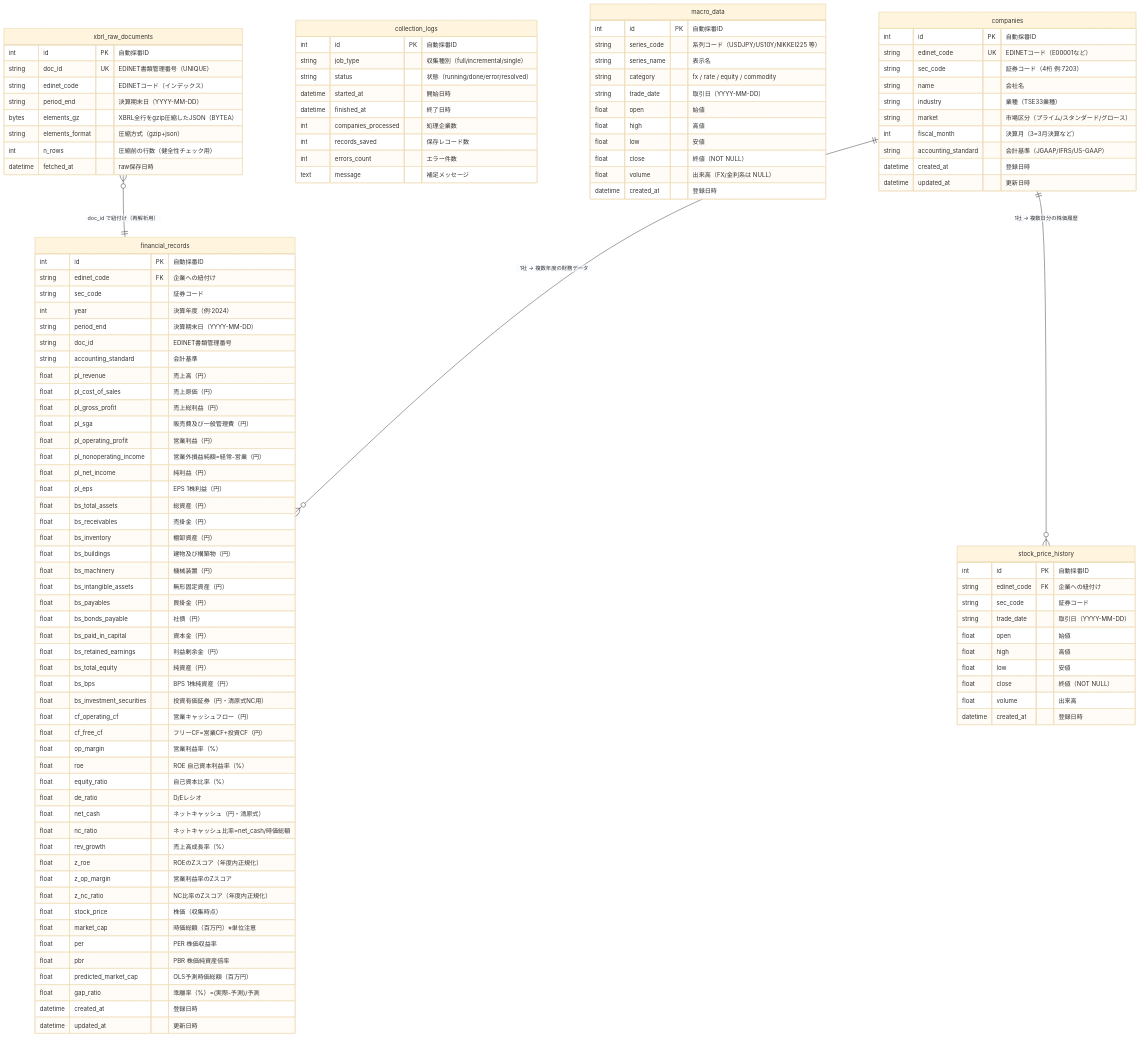
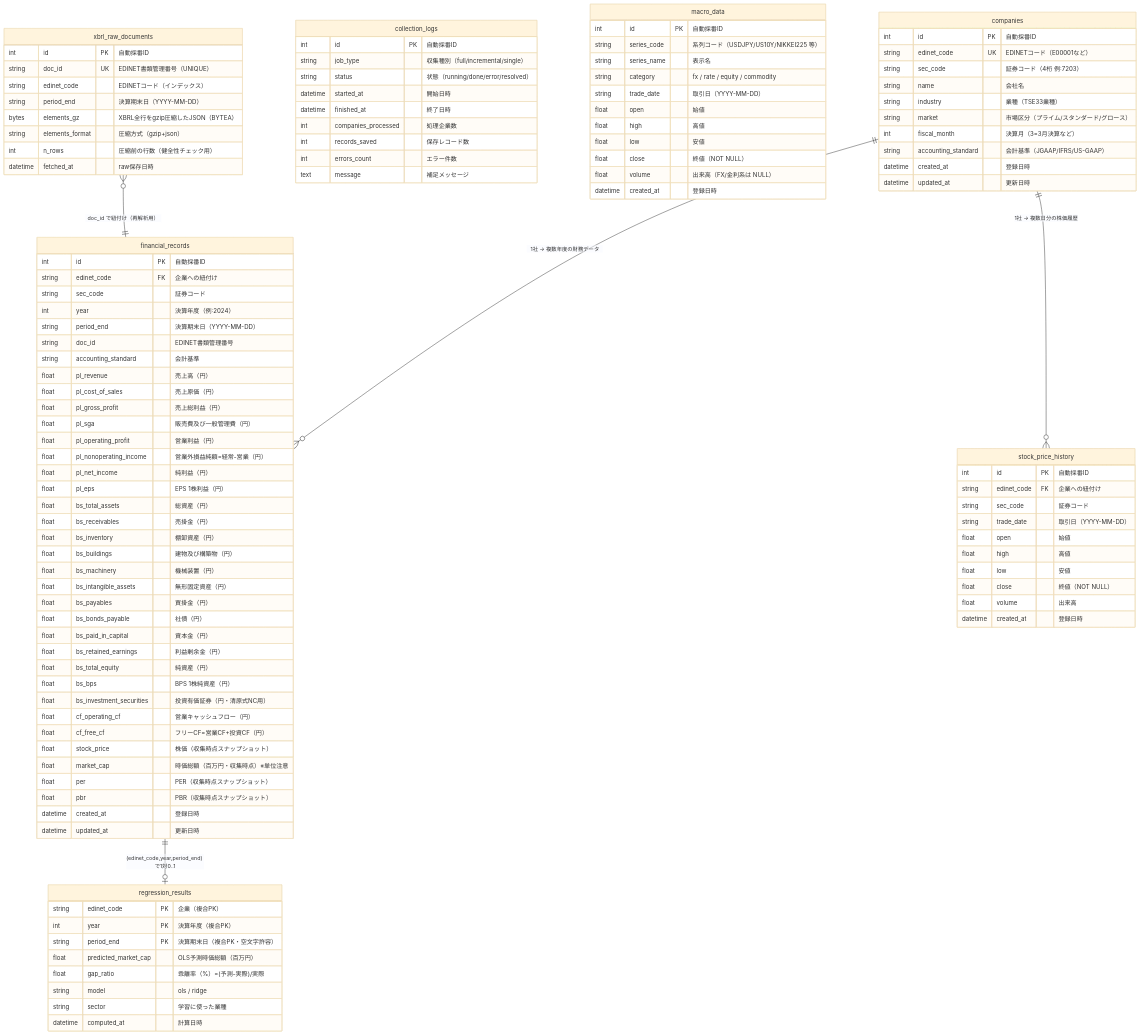
Before and after one commit to kome-kome/financial_app: the third of 12 diagrams in docs/ARCHITECTURE.md, drawn with Mermaid (base theme). The commit also changed other lines of this file and 16 other files, not shown here.

````diff
--- a/docs/ARCHITECTURE.md
+++ b/docs/ARCHITECTURE.md
@@ -198,24 +210,23 @@
         float   bs_investment_securities "投資有価証券（円・清原式NC用）"
         float   cf_operating_cf        "営業キャッシュフロー（円）"
         float   cf_free_cf             "フリーCF=営業CF+投資CF（円）"
-        float   op_margin              "営業利益率（%）"
-        float   roe                    "ROE 自己資本利益率（%）"
-        float   equity_ratio           "自己資本比率（%）"
-        float   de_ratio               "D/Eレシオ"
-        float   net_cash               "ネットキャッシュ（円・清原式）"
-        float   nc_ratio               "ネットキャッシュ比率=net_cash/時価総額"
-        float   rev_growth             "売上高成長率（%）"
-        float   z_roe                  "ROEのZスコア（年度内正規化）"
-        float   z_op_margin            "営業利益率のZスコア"
-        float   z_nc_ratio             "NC比率のZスコア（年度内正規化）"
-        float   stock_price            "株価（収集時点）"
-        float   market_cap             "時価総額（百万円）※単位注意"
-        float   per                    "PER 株価収益率"
-        float   pbr                    "PBR 株価純資産倍率"
-        float   predicted_market_cap   "OLS予測時価総額（百万円）"
-        float   gap_ratio              "乖離率（%）=(実際-予測)/予測"
+        float   stock_price            "株価（収集時点スナップショット）"
+        float   market_cap             "時価総額（百万円・収集時点）※単位注意"
+        float   per                    "PER（収集時点スナップショット）"
+        float   pbr                    "PBR（収集時点スナップショット）"
         datetime created_at            "登録日時"
         datetime updated_at            "更新日時"
+    }
+
+    regression_results {
+        string  edinet_code         PK "企業（複合PK）"
+        int     year                PK "決算年度（複合PK）"
+        string  period_end          PK "決算期末日（複合PK・空文字許容）"
+        float   predicted_market_cap   "OLS予測時価総額（百万円）"
+        float   gap_ratio              "乖離率（%）=(予測-実際)/実際"
+        string  model                  "ols / ridge"
+        string  sector                 "学習に使った業種"
+        datetime computed_at           "計算日時"
     }
 
     stock_price_history {
@@ -271,4 +282,5 @@
     companies         ||--o{  financial_records    : "1社 → 複数年度の財務データ"
     companies         ||--o{  stock_price_history  : "1社 → 複数日分の株価履歴"
     xbrl_raw_documents }o--|| financial_records   : "doc_id で紐付け（再解析用）"
+    financial_records ||--o| regression_results  : "(edinet_code,year,period_end) で1対0..1"
 ```
````
